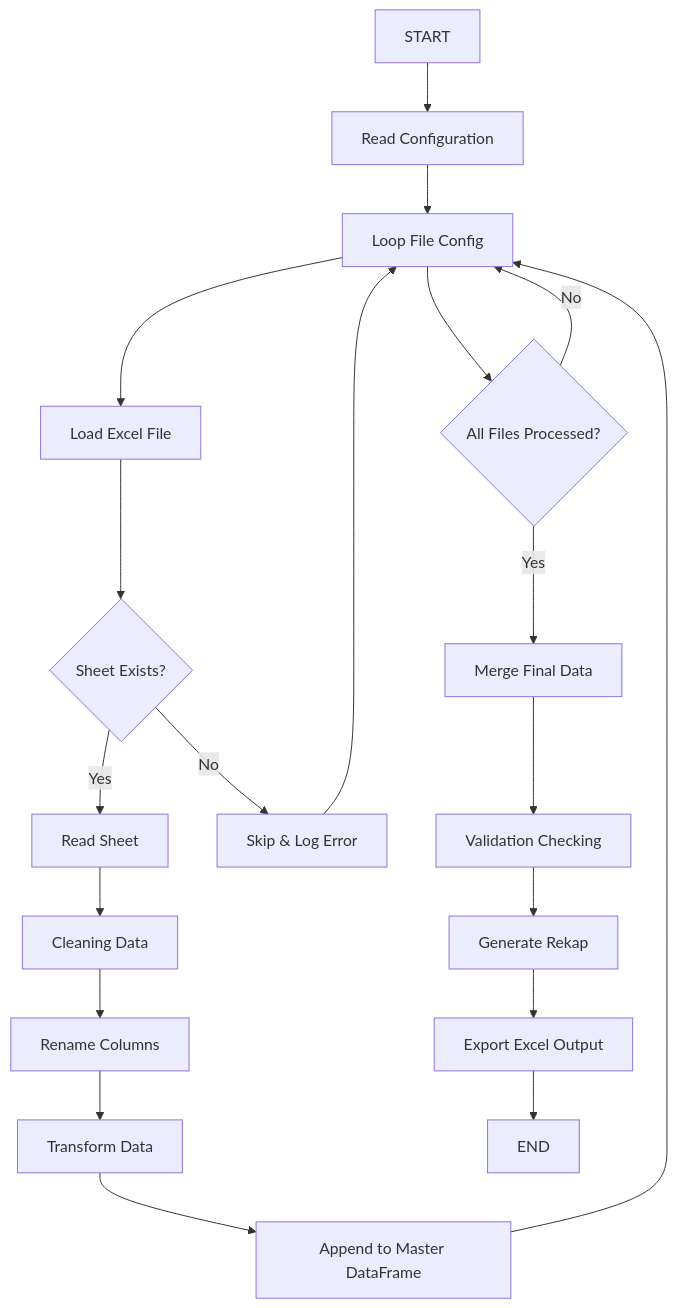
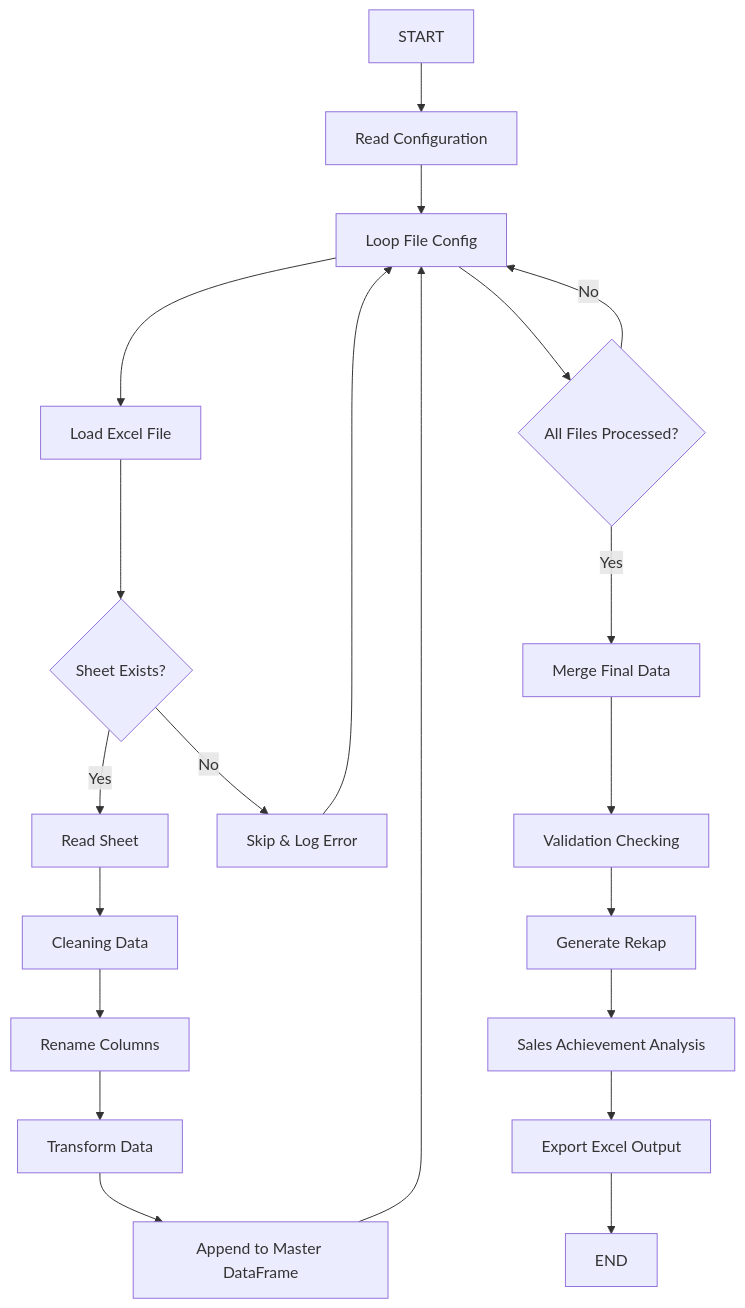
One commit to PerkasaM/Sales-Monitoring-Area changed the diagram in README.md. Above: the diagram before and after it, drawn with Mermaid. The commit also changed other lines of this file, not shown here.

````diff
--- a/README.md
+++ b/README.md
@@ -45,34 +86,36 @@
 ```mermaid
 flowchart TD
 
     A[START]
 
     A --> B[Read Configuration]
     B --> C[Loop File Config]
 
     C --> D[Load Excel File]
 
     D --> E{Sheet Exists?}
 
     E -- Yes --> F[Read Sheet]
     E -- No --> G[Skip & Log Error]
 
     F --> H[Cleaning Data]
     H --> I[Rename Columns]
     I --> J[Transform Data]
     J --> K[Append to Master DataFrame]
 
     G --> C
     K --> C
 
     C --> L{All Files Processed?}
 
     L -- No --> C
     L -- Yes --> M[Merge Final Data]
 
     M --> N[Validation Checking]
     N --> O[Generate Rekap]
-    O --> P[Export Excel Output]
 
-    P --> Q[END]
+    O --> P[Sales Achievement Analysis]
+    P --> Q[Export Excel Output]
+
+    Q --> R[END]
 ```
````
